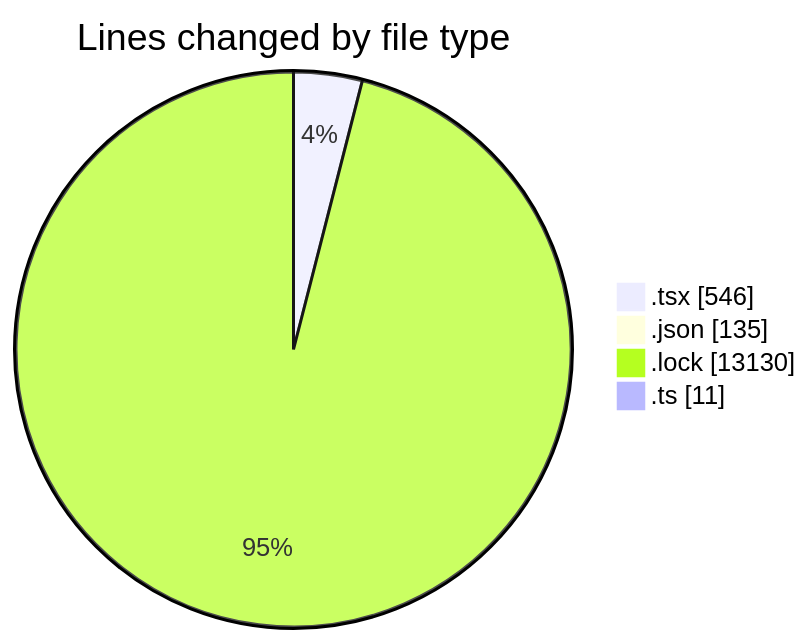
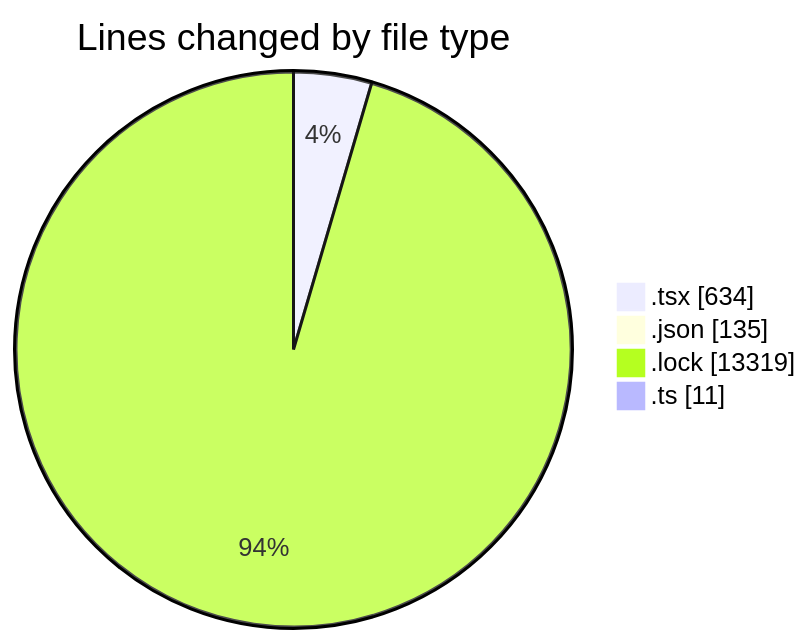
Before and after one commit to momahboobian/code-tracking: the first of 2 diagrams in 2025-02-09/cda/README.md, drawn with Mermaid. The commit also changed other lines of this file and 1 other file, not shown here.

````diff
--- a/2025-02-09/cda/README.md
+++ b/2025-02-09/cda/README.md
@@ -26,8 +27,8 @@
 ```mermaid
 pie showData
 title Lines changed by file type
-".tsx" : 546
+".tsx" : 634
 ".json" : 135
-".lock" : 13130
+".lock" : 13319
 ".ts" : 11
 ```
````
